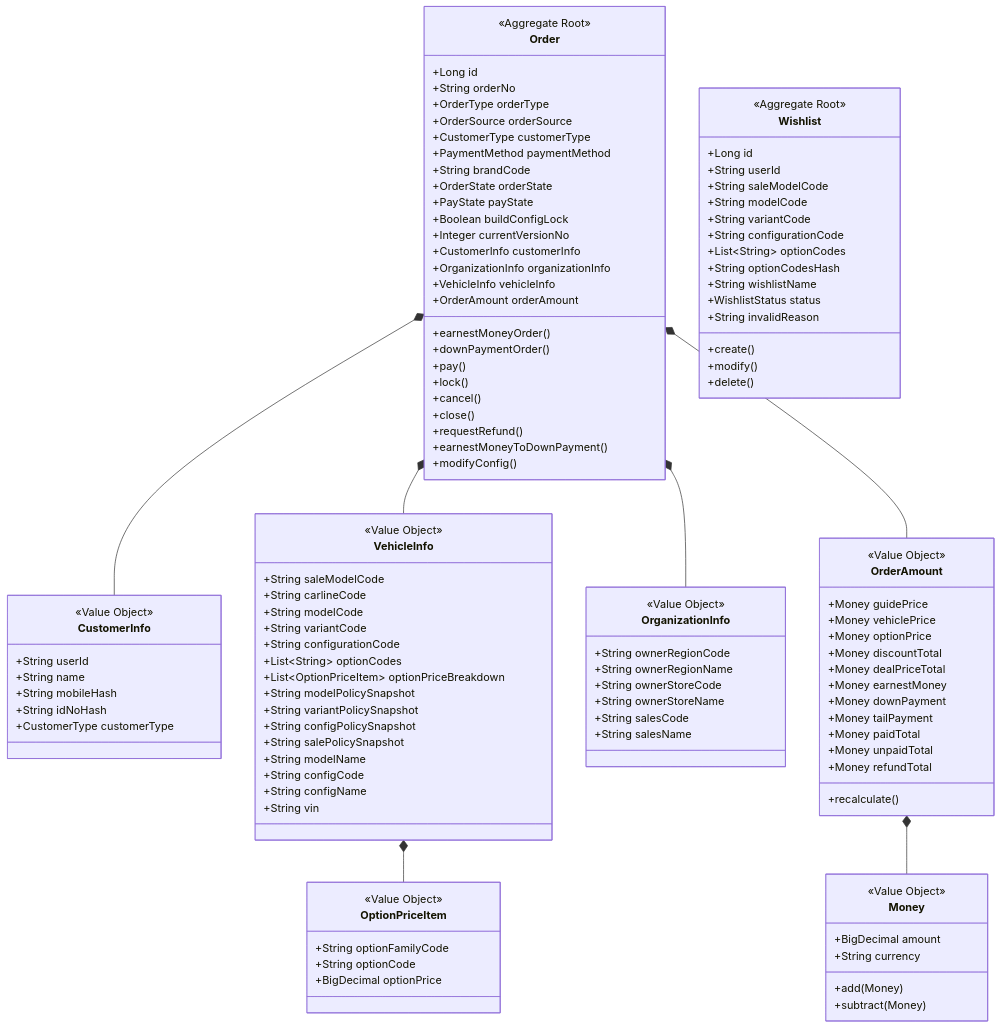
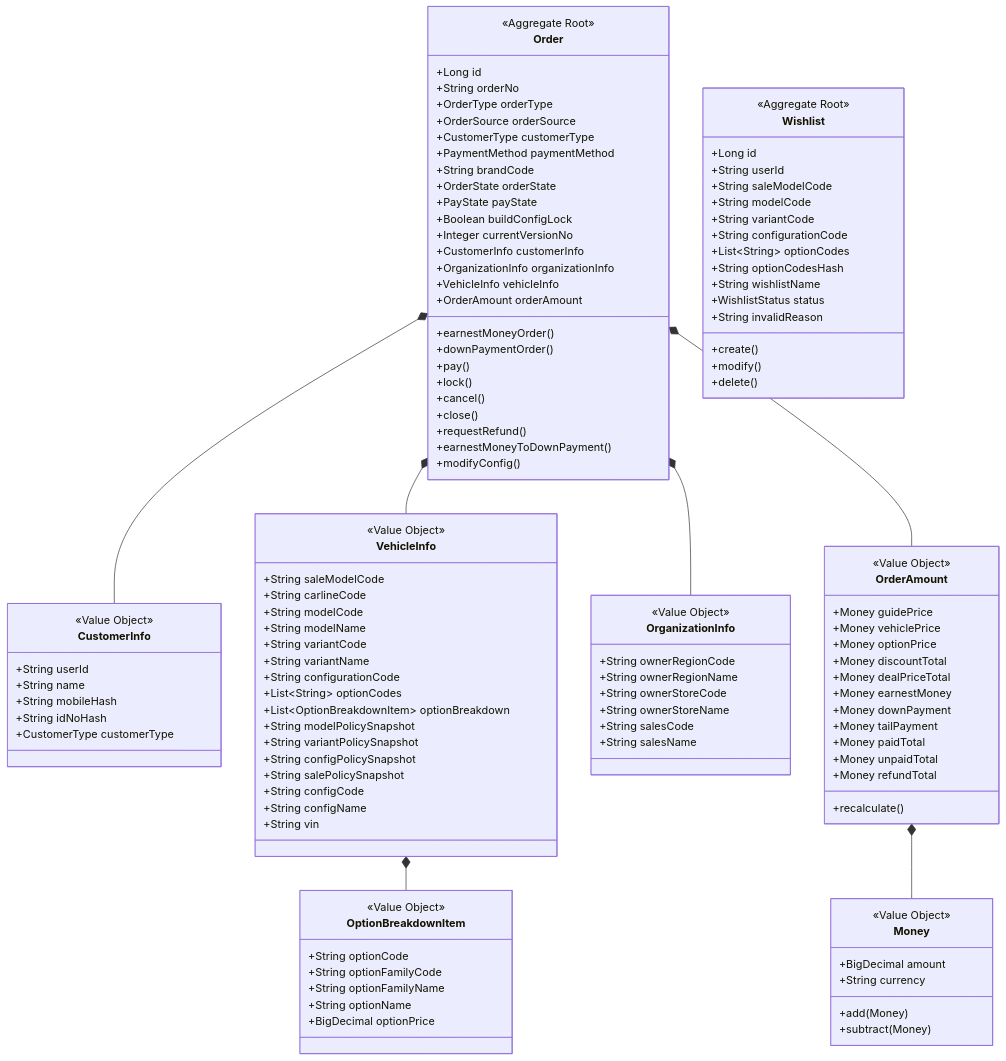
The second of 28 diagrams in specs/vehicle-sale-order/design.md (hwyzleo/iov-cloud-otd-vso), drawn with Mermaid before and after one commit. The commit also changed other lines of this file and 14 other files, not shown here.

```diff
--- a/specs/vehicle-sale-order/design.md
+++ b/specs/vehicle-sale-order/design.md
@@ -179,28 +179,31 @@
         +String saleModelCode
         +String carlineCode
         +String modelCode
+        +String modelName
         +String variantCode
+        +String variantName
         +String configurationCode
         +List~String~ optionCodes
-        +List~OptionPriceItem~ optionPriceBreakdown
+        +List~OptionBreakdownItem~ optionBreakdown
         +String modelPolicySnapshot
         +String variantPolicySnapshot
         +String configPolicySnapshot
         +String salePolicySnapshot
-        +String modelName
         +String configCode
         +String configName
         +String vin
     }
 
-    class OptionPriceItem {
+    class OptionBreakdownItem {
         <<Value Object>>
+        +String optionCode
         +String optionFamilyCode
-        +String optionCode
+        +String optionFamilyName
+        +String optionName
         +BigDecimal optionPrice
     }
 
-    VehicleInfo *-- OptionPriceItem
+    VehicleInfo *-- OptionBreakdownItem
 
     class OrganizationInfo {
         <<Value Object>>
```
